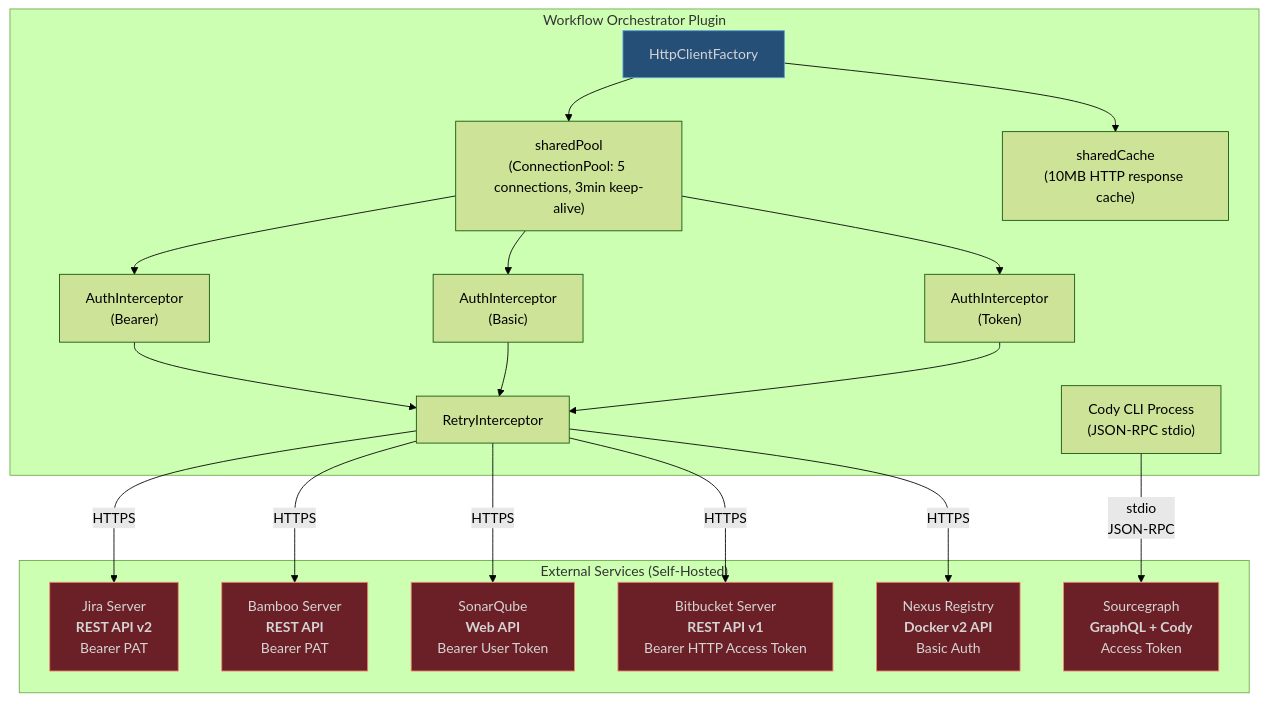
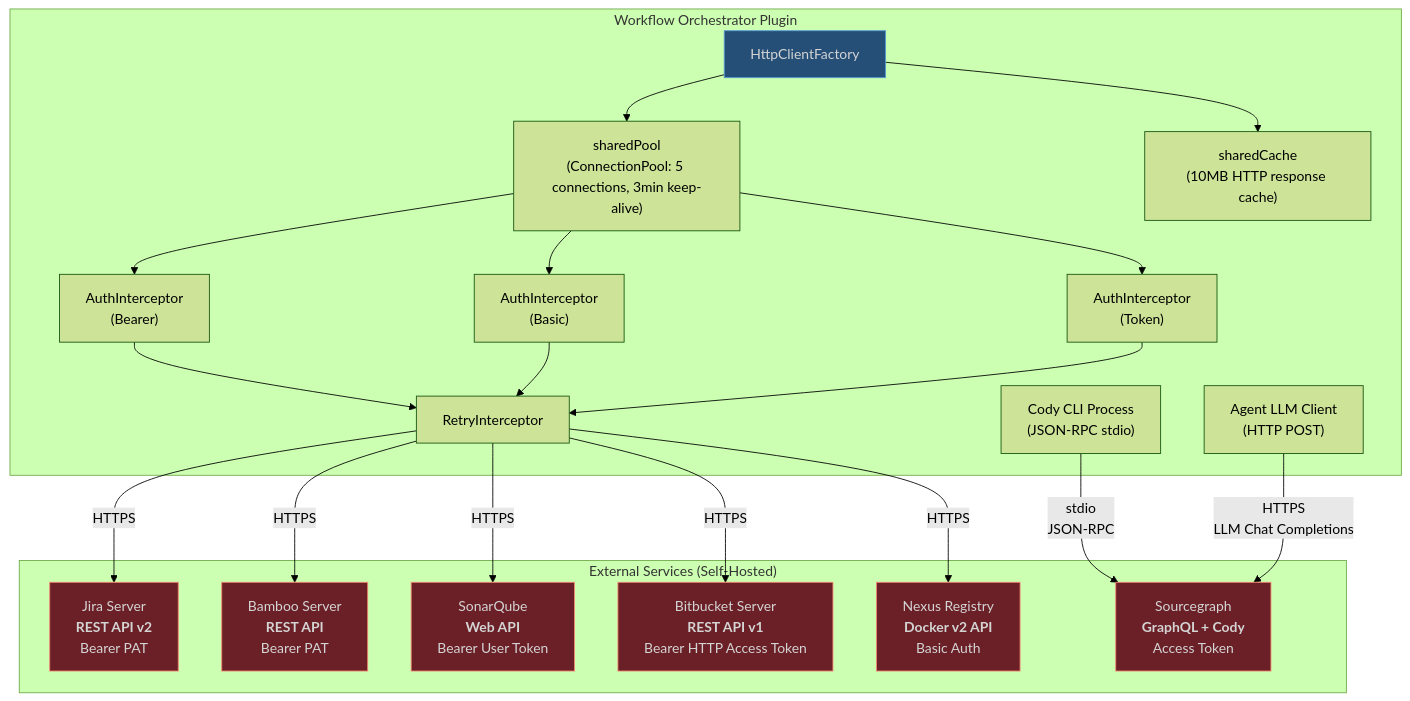
One commit to thenerdygeek/intellij-workflow-orchestrator changed the first of 2 diagrams in docs/architecture/external-apis.md. Above: the diagram before and after it, drawn with Mermaid (forest theme). The commit also changed other lines of this file and 7 other files, not shown here.

Commit message:
docs: update architecture documentation for Phase 3 agentic AI — agent module, events, APIs, threading, UI

````diff
--- a/docs/architecture/external-apis.md
+++ b/docs/architecture/external-apis.md
@@ -5,44 +5,46 @@
 ```mermaid
 flowchart TD
     subgraph Plugin ["Workflow Orchestrator Plugin"]
         HCF["HttpClientFactory"]
         POOL["sharedPool<br/>(ConnectionPool: 5 connections, 3min keep-alive)"]
         CACHE["sharedCache<br/>(10MB HTTP response cache)"]
         AUTH_B["AuthInterceptor<br/>(Bearer)"]
         AUTH_BA["AuthInterceptor<br/>(Basic)"]
         AUTH_T["AuthInterceptor<br/>(Token)"]
         RETRY["RetryInterceptor"]
         CODY_PROC["Cody CLI Process<br/>(JSON-RPC stdio)"]
+        AGENT_LLM["Agent LLM Client<br/>(HTTP POST)"]
 
         HCF --> POOL
         HCF --> CACHE
         POOL --> AUTH_B & AUTH_BA & AUTH_T
         AUTH_B --> RETRY
         AUTH_BA --> RETRY
         AUTH_T --> RETRY
     end
 
     subgraph External ["External Services (Self-Hosted)"]
         JIRA["Jira Server<br/><b>REST API v2</b><br/>Bearer PAT"]
         BAMBOO["Bamboo Server<br/><b>REST API</b><br/>Bearer PAT"]
         SONAR["SonarQube<br/><b>Web API</b><br/>Bearer User Token"]
         BB["Bitbucket Server<br/><b>REST API v1</b><br/>Bearer HTTP Access Token"]
         NEXUS["Nexus Registry<br/><b>Docker v2 API</b><br/>Basic Auth"]
         SG["Sourcegraph<br/><b>GraphQL + Cody</b><br/>Access Token"]
     end
 
     RETRY -->|HTTPS| JIRA
     RETRY -->|HTTPS| BAMBOO
     RETRY -->|HTTPS| SONAR
     RETRY -->|HTTPS| BB
     RETRY -->|HTTPS| NEXUS
     CODY_PROC -->|"stdio<br/>JSON-RPC"| SG
+    AGENT_LLM -->|"HTTPS<br/>LLM Chat Completions"| SG
 
     style JIRA fill:#6b2027,stroke:#f48771,color:#d4d4d4
     style BAMBOO fill:#6b2027,stroke:#f48771,color:#d4d4d4
     style SONAR fill:#6b2027,stroke:#f48771,color:#d4d4d4
     style BB fill:#6b2027,stroke:#f48771,color:#d4d4d4
     style NEXUS fill:#6b2027,stroke:#f48771,color:#d4d4d4
     style SG fill:#6b2027,stroke:#f48771,color:#d4d4d4
     style HCF fill:#264f78,stroke:#569cd6,color:#d4d4d4
 ```
````
